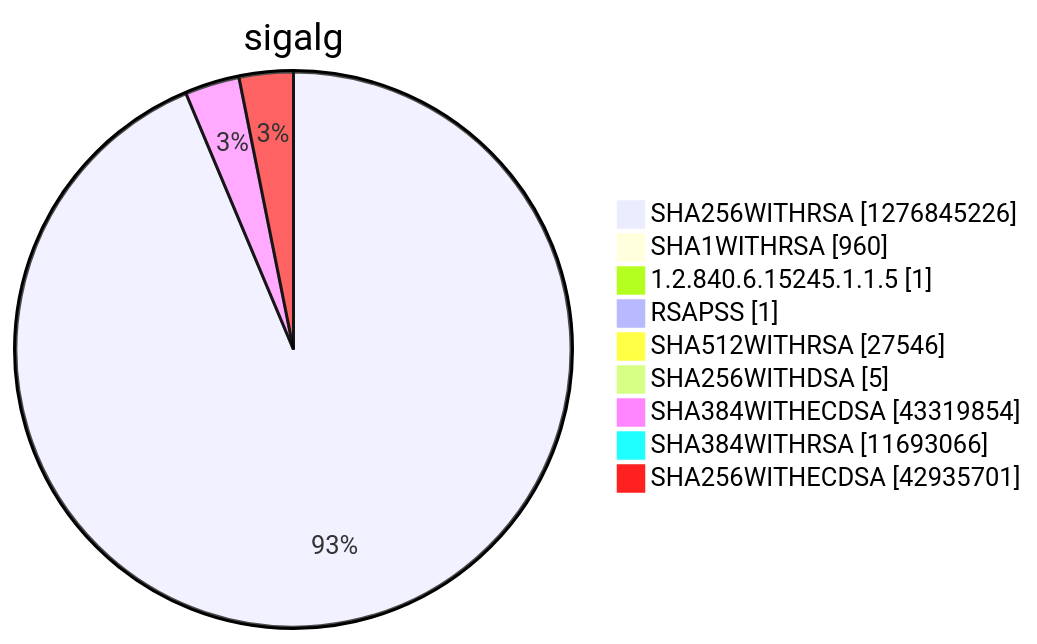
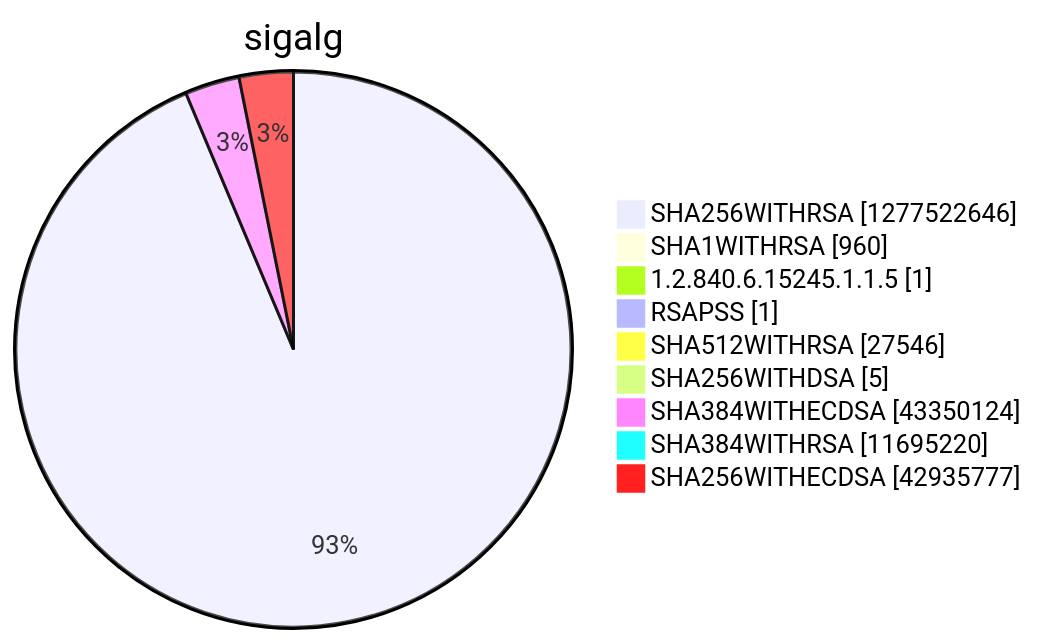
Before and after one commit to christiankrug/ctmonitor_visualization: diagram 15 of 15 in argon2022/README.md, drawn with Mermaid. The commit also changed other lines of this file, not shown here.

````diff
--- a/argon2022/README.md
+++ b/argon2022/README.md
@@ -5522,13 +5522,13 @@
 ```mermaid
 pie showData
 title sigalg
-"SHA256WITHRSA" :1276845226
+"SHA256WITHRSA" :1277522646
 "SHA1WITHRSA" :960
 "1.2.840.6.15245.1.1.5" :1
 "RSAPSS" :1
 "SHA512WITHRSA" :27546
 "SHA256WITHDSA" :5
-"SHA384WITHECDSA" :43319854
-"SHA384WITHRSA" :11693066
-"SHA256WITHECDSA" :42935701
+"SHA384WITHECDSA" :43350124
+"SHA384WITHRSA" :11695220
+"SHA256WITHECDSA" :42935777
 ```
````
